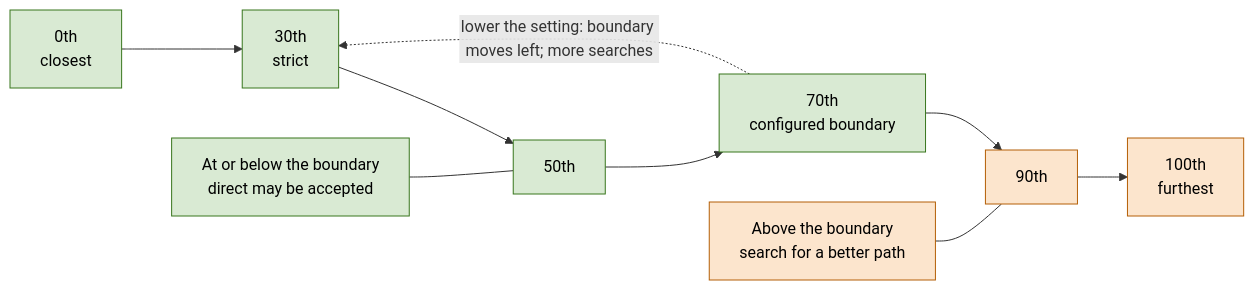
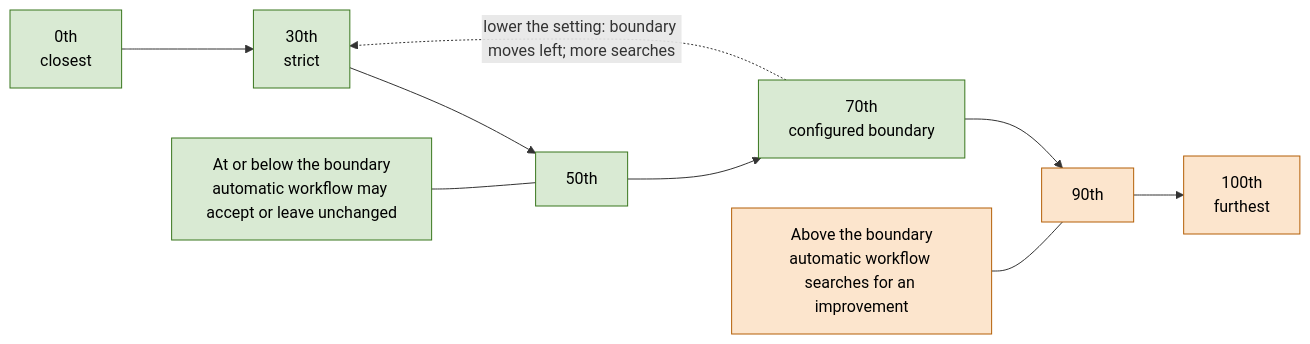
Before and after one commit to chrober/lms-better-call-bliss: the first of 13 diagrams in ALGORITHMS.md, drawn with Mermaid. The commit also changed other lines of this file and 2 other files, not shown here.

```diff
--- a/ALGORITHMS.md
+++ b/ALGORITHMS.md
@@ -93,11 +88,11 @@
 ~~~mermaid
 flowchart LR
     P0["0th<br/>closest"] --> P30["30th<br/>strict"] --> P50["50th"] --> P70["70th<br/>configured boundary"] --> P90["90th"] --> P100["100th<br/>furthest"]
     P70 -. "lower the setting: boundary moves left; more searches" .-> P30
-    A["At or below the boundary<br/>direct may be accepted"] --- P50
-    S["Above the boundary<br/>search for a better path"] --- P90
+    A["At or below the boundary<br/>automatic workflow may accept or leave unchanged"] --- P50
+    S["Above the boundary<br/>automatic workflow searches for an improvement"] --- P90
     classDef accepted fill:#d9ead3,stroke:#38761d,color:#000;
     classDef searched fill:#fce5cd,stroke:#b45f06,color:#000;
     class P0,P30,P50,P70,A accepted;
     class P90,P100,S searched;
 ~~~
```
